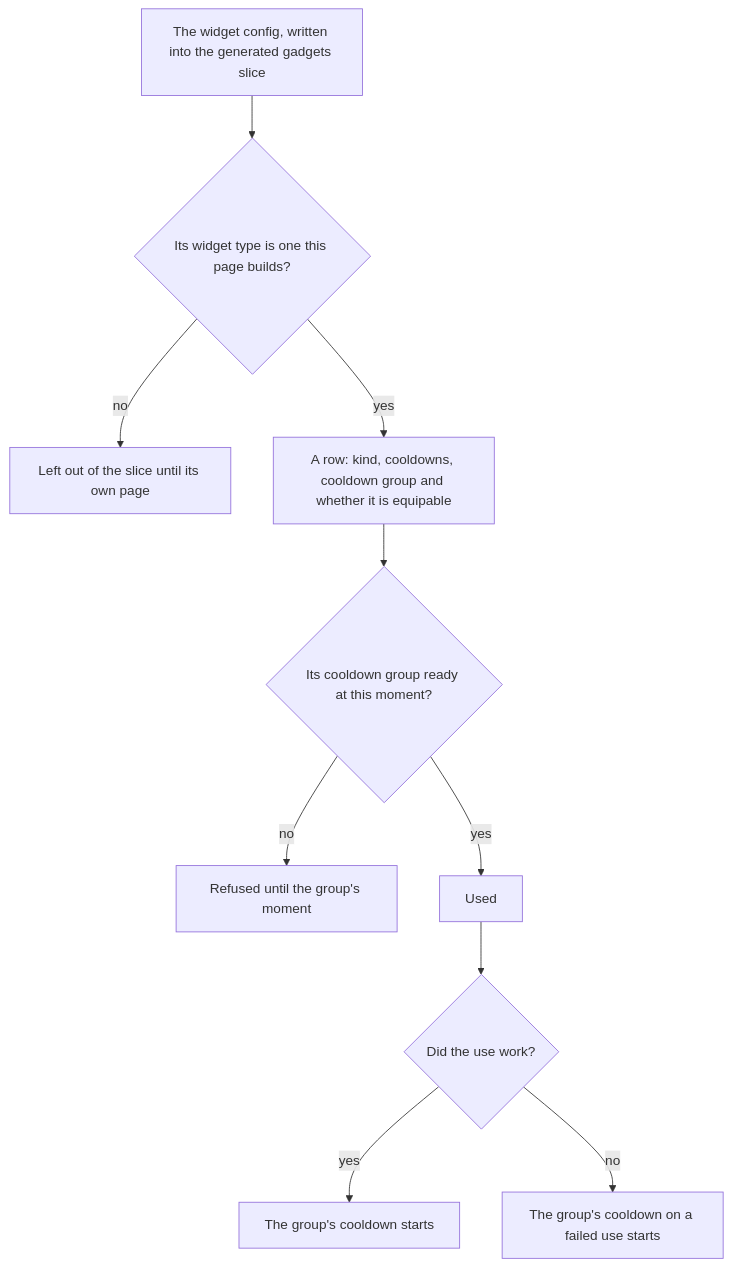
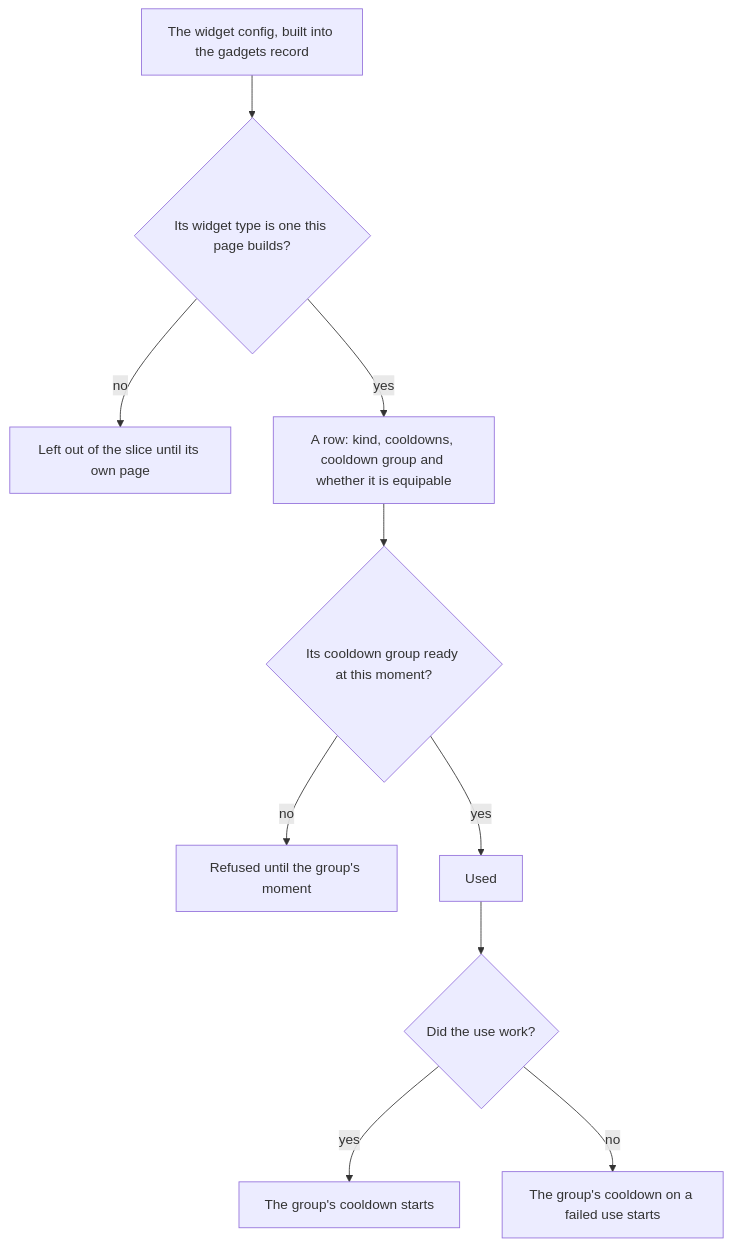
Before and after one commit to Esposter/Esposter: the diagram in apps/web/content/docs/genshin/gadgets.md, drawn with Mermaid. The commit also changed other lines of this file and 17 other files, not shown here.

````diff
--- a/apps/web/content/docs/genshin/gadgets.md
+++ b/apps/web/content/docs/genshin/gadgets.md
@@ -12,12 +12,12 @@
 ```mermaid
 flowchart TD
-  CFG["The widget config, written into the generated gadgets slice"] --> KIND{"Its widget type is one this page builds?"}
+  CFG["The widget config, built into the gadgets record"] --> KIND{"Its widget type is one this page builds?"}
   KIND -->|"no"| LEFT["Left out of the slice until its own page"]
   KIND -->|"yes"| ROW["A row: kind, cooldowns, cooldown group and whether it is equipable"]
   ROW --> READY{"Its cooldown group ready at this moment?"}
   READY -->|"no"| REFUSE["Refused until the group's moment"]
   READY -->|"yes"| USE["Used"]
   USE --> WORKS{"Did the use work?"}
   WORKS -->|"yes"| COOL["The group's cooldown starts"]
   WORKS -->|"no"| FAIL["The group's cooldown on a failed use starts"]
 ```
````
